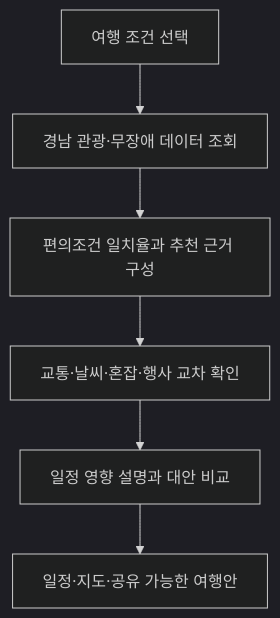
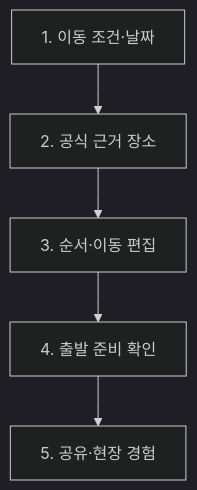
The first of 3 diagrams in README.md (jeongiryang/wave-barrier-free-gyeongnam), drawn with Mermaid (dark theme) before and after one commit. The commit also changed other lines of this file and 13 other files, not shown here.

````diff
--- a/README.md
+++ b/README.md
@@ -64,8 +77,7 @@
 ```mermaid
 flowchart TB
-  A[여행 조건 선택] --> B[경남 관광·무장애 데이터 조회]
-  B --> C[편의조건 일치율과 추천 근거 구성]
-  C --> D[교통·날씨·혼잡·행사 교차 확인]
-  D --> E[일정 영향 설명과 대안 비교]
-  E --> F[일정·지도·공유 가능한 여행안]
+  A["1. 이동 조건·날짜"] --> B["2. 공식 근거 장소"]
+  B --> C["3. 순서·이동 편집"]
+  C --> D["4. 출발 준비 확인"]
+  D --> E["5. 공유·현장 경험"]
 ```
````
